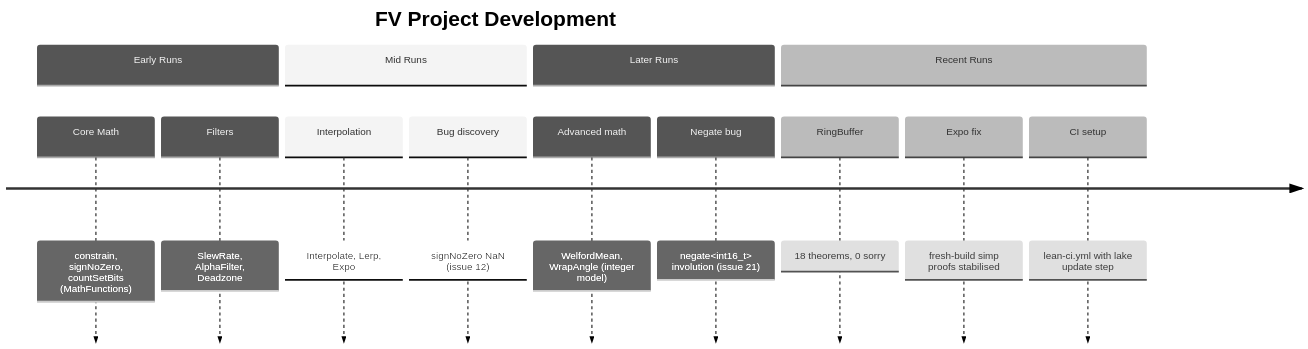
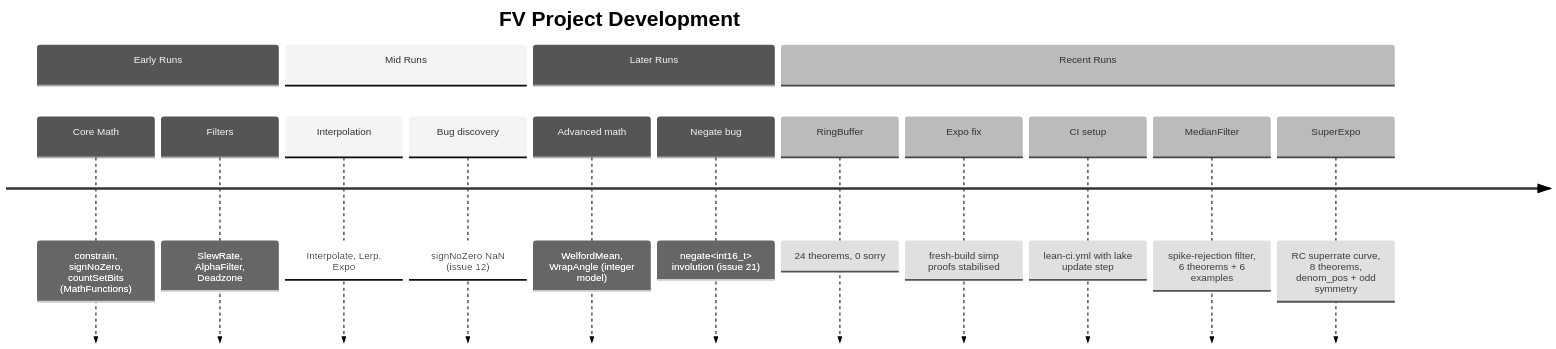
Before and after one commit to dsyme/PX4-Autopilot: diagram 11 of 11 in formal-verification/REPORT.md, drawn with Mermaid (neutral theme). The commit also changed other lines of this file and 1 other file, not shown here.

First line of the commit message:
docs(fv): update REPORT.md + CORRESPONDENCE.md for MedianFilter and SuperExpo (run37)

````diff
--- a/formal-verification/REPORT.md
+++ b/formal-verification/REPORT.md
@@ -295,17 +311,19 @@
 ```mermaid
 timeline
     title FV Project Development
     section Early Runs
         Core Math : constrain, signNoZero, countSetBits (MathFunctions)
         Filters   : SlewRate, AlphaFilter, Deadzone
     section Mid Runs
         Interpolation : Interpolate, Lerp, Expo
         Bug discovery : signNoZero NaN (issue 12)
     section Later Runs
         Advanced math  : WelfordMean, WrapAngle (integer model)
         Negate bug     : negate<int16_t> involution (issue 21)
     section Recent Runs
-        RingBuffer : 18 theorems, 0 sorry
+        RingBuffer : 24 theorems, 0 sorry
         Expo fix   : fresh-build simp proofs stabilised
         CI setup   : lean-ci.yml with lake update step
+        MedianFilter : spike-rejection filter, 6 theorems + 6 examples
+        SuperExpo  : RC superrate curve, 8 theorems, denom_pos + odd symmetry
 ```
````
